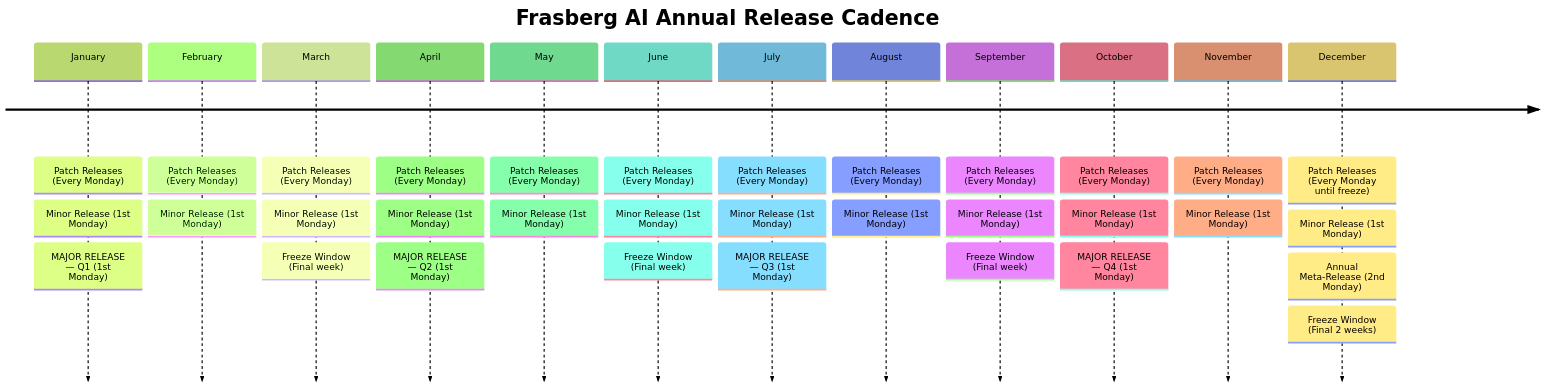
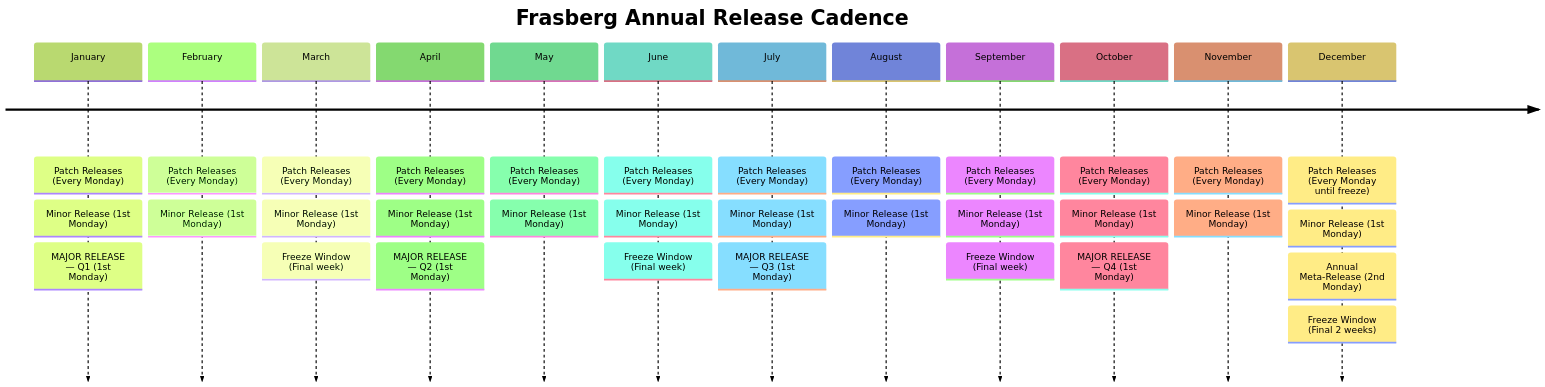
The fifth of 7 diagrams in RELEASE_CALENDAR.md (frasberg-code/frasberg-secure-runtime), drawn with Mermaid (forest theme) before and after one commit. The commit also changed other lines of this file, not shown here.

First line of the commit message:
Revise release calendar to remove 'AI' from title

````diff
--- a/RELEASE_CALENDAR.md
+++ b/RELEASE_CALENDAR.md
@@ -554,61 +554,61 @@
 ```mermaid
 timeline
-    title Frasberg AI Annual Release Cadence
+    title Frasberg Annual Release Cadence
 
     January
         : Patch Releases (Every Monday)
         : Minor Release (1st Monday)
         : MAJOR RELEASE — Q1 (1st Monday)
 
     February
         : Patch Releases (Every Monday)
         : Minor Release (1st Monday)
 
     March
         : Patch Releases (Every Monday)
         : Minor Release (1st Monday)
         : Freeze Window (Final week)
 
     April
         : Patch Releases (Every Monday)
         : Minor Release (1st Monday)
         : MAJOR RELEASE — Q2 (1st Monday)
 
     May
         : Patch Releases (Every Monday)
         : Minor Release (1st Monday)
 
     June
         : Patch Releases (Every Monday)
         : Minor Release (1st Monday)
         : Freeze Window (Final week)
 
     July
         : Patch Releases (Every Monday)
         : Minor Release (1st Monday)
         : MAJOR RELEASE — Q3 (1st Monday)
 
     August
         : Patch Releases (Every Monday)
         : Minor Release (1st Monday)
 
     September
         : Patch Releases (Every Monday)
         : Minor Release (1st Monday)
         : Freeze Window (Final week)
 
     October
         : Patch Releases (Every Monday)
         : Minor Release (1st Monday)
         : MAJOR RELEASE — Q4 (1st Monday)
 
     November
         : Patch Releases (Every Monday)
         : Minor Release (1st Monday)
 
     December
         : Patch Releases (Every Monday until freeze)
         : Minor Release (1st Monday)
         : Annual Meta‑Release (2nd Monday)
         : Freeze Window (Final 2 weeks)
 ```
````
